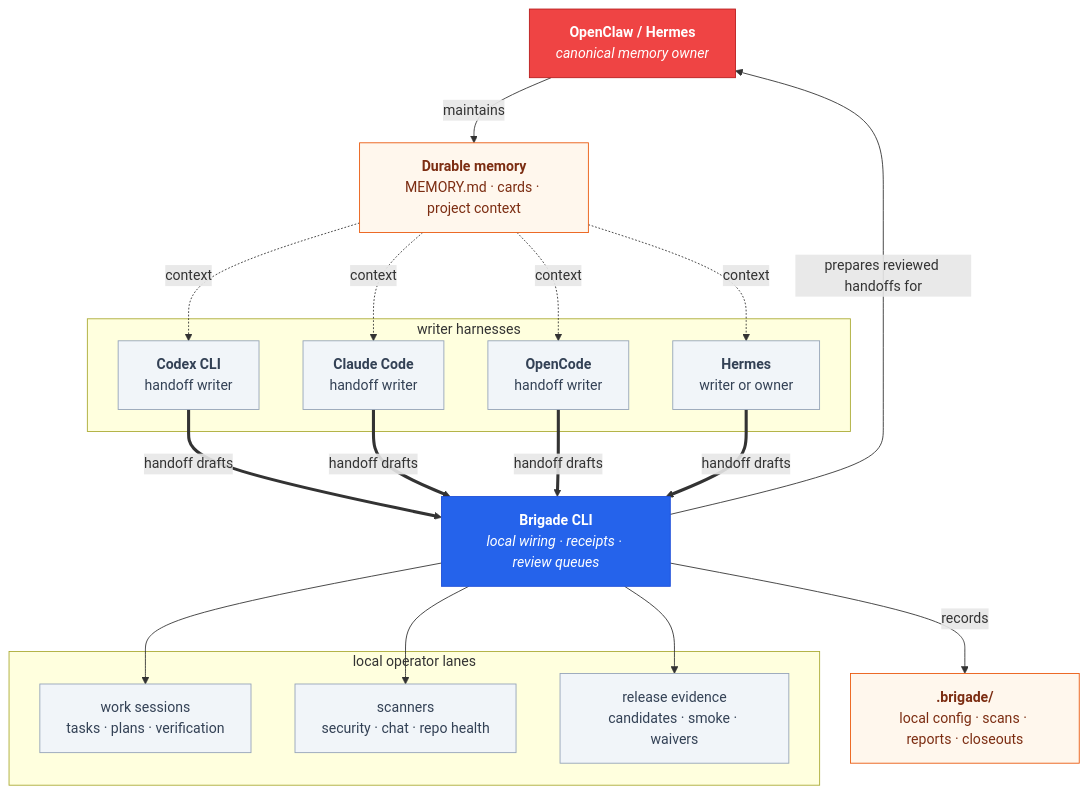
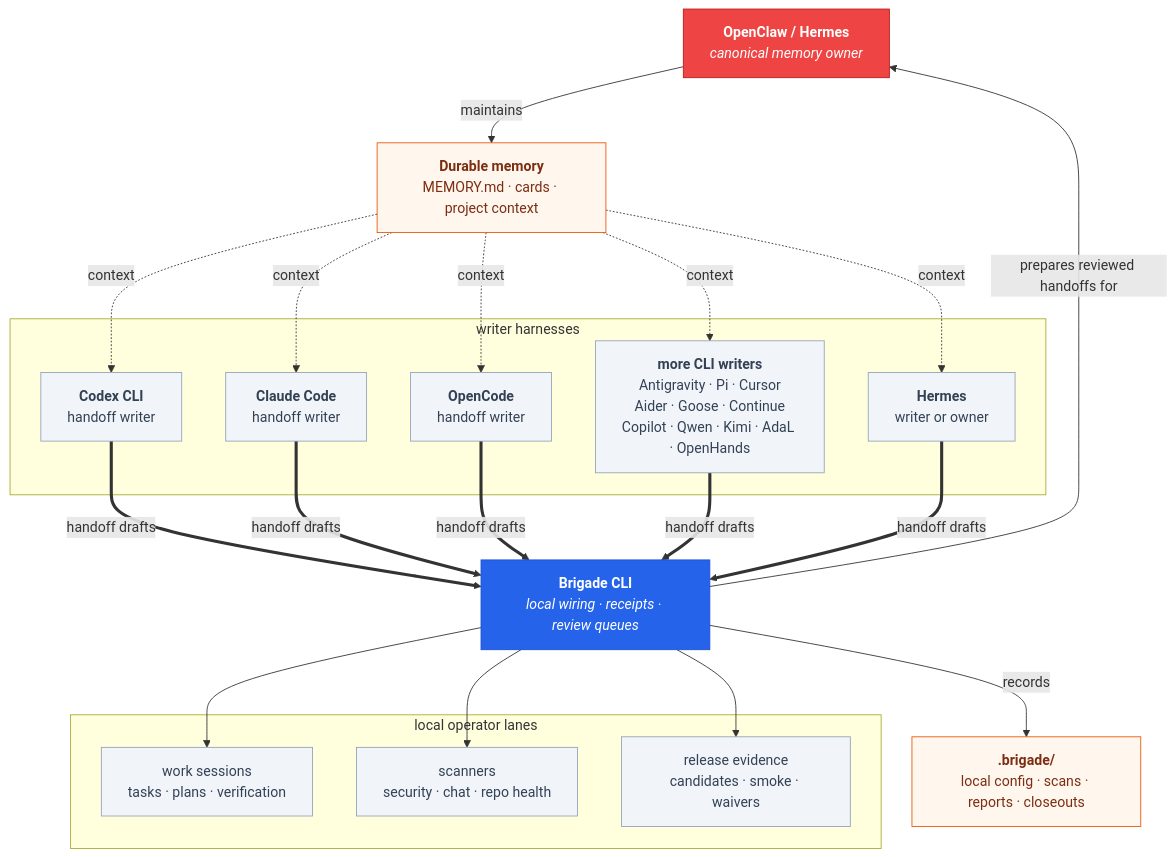
One commit to escoffier-labs/brigade changed the first of 13 diagrams in README.md. Above: the diagram before and after it, drawn with Mermaid. The commit also changed other lines of this file, not shown here.

Commit message:
docs: add handoff writer support matrix

````diff
--- a/README.md
+++ b/README.md
@@ -72,40 +72,41 @@
 ```mermaid
 flowchart TB
     OWNER["<b>OpenClaw / Hermes</b><br/><i>canonical memory owner</i>"]
     MEMORY["<b>Durable memory</b><br/>MEMORY.md · cards · project context"]
     BRIGADE["<b>Brigade CLI</b><br/><i>local wiring · receipts · review queues</i>"]
     STATE["<b>.brigade/</b><br/>local config · scans · reports · closeouts"]
 
     OWNER -->|maintains| MEMORY
     BRIGADE -->|records| STATE
     BRIGADE -->|prepares reviewed handoffs for| OWNER
 
     subgraph WRITERS [" writer harnesses "]
         CODEX["<b>Codex CLI</b><br/>handoff writer"]
         CLAUDE["<b>Claude Code</b><br/>handoff writer"]
         OPEN["<b>OpenCode</b><br/>handoff writer"]
+        MORE["<b>more CLI writers</b><br/>Antigravity · Pi · Cursor<br/>Aider · Goose · Continue<br/>Copilot · Qwen · Kimi · AdaL · OpenHands"]
         HERMES["<b>Hermes</b><br/>writer or owner"]
     end
 
-    CODEX & CLAUDE & OPEN & HERMES == handoff drafts ==> BRIGADE
-    MEMORY -. context .-> CODEX & CLAUDE & OPEN & HERMES
+    CODEX & CLAUDE & OPEN & MORE & HERMES == handoff drafts ==> BRIGADE
+    MEMORY -. context .-> CODEX & CLAUDE & OPEN & MORE & HERMES
 
     subgraph LOCAL [" local operator lanes "]
         WORK["work sessions<br/>tasks · plans · verification"]
         SCAN["scanners<br/>security · chat · repo health"]
         RELEASE["release evidence<br/>candidates · smoke · waivers"]
     end
 
     BRIGADE --> WORK
     BRIGADE --> SCAN
     BRIGADE --> RELEASE
 
     classDef owner fill:#ef4444,stroke:#b91c1c,color:#fff;
     classDef brigade fill:#2563eb,stroke:#1d4ed8,color:#fff;
     classDef state fill:#fff7ed,stroke:#ea580c,color:#7c2d12;
     classDef lane fill:#f1f5f9,stroke:#94a3b8,color:#334155;
     class OWNER owner;
     class BRIGADE brigade;
     class MEMORY,STATE state;
-    class WORK,SCAN,RELEASE,CODEX,CLAUDE,OPEN,HERMES lane;
+    class WORK,SCAN,RELEASE,CODEX,CLAUDE,OPEN,MORE,HERMES lane;
 ```
````
